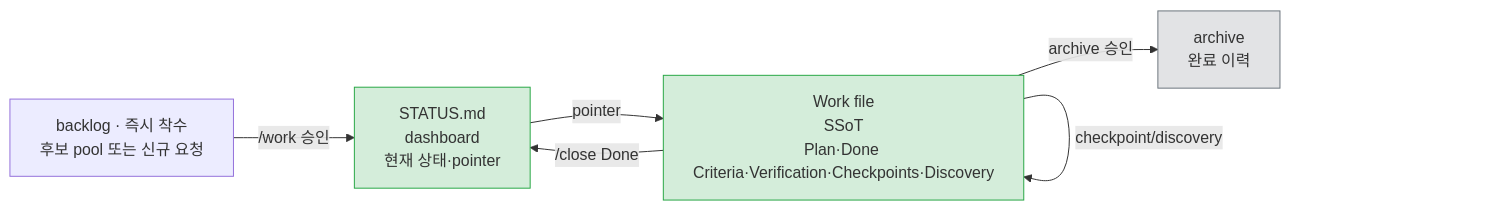
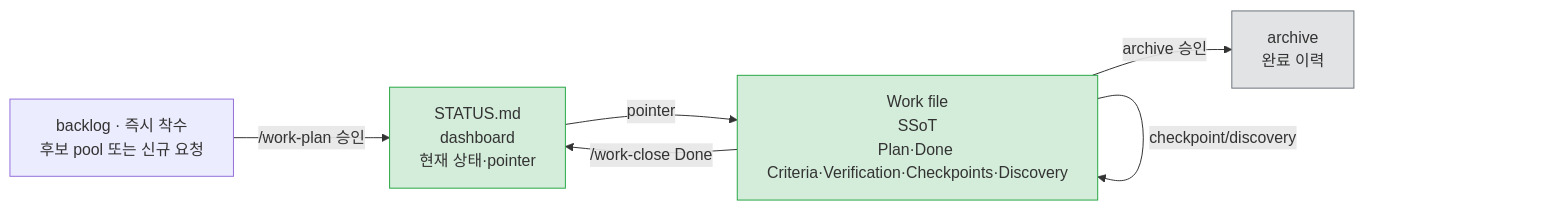
Before and after one commit to kyungseo/ai-workflow-harness: the fifth of 7 diagrams in README.md, drawn with Mermaid. The commit also changed other lines of this file and 83 other files, not shown here.

````diff
--- a/README.md
+++ b/README.md
@@ -332,17 +332,17 @@
 ```mermaid
 flowchart LR
     STATUS["STATUS.md\ndashboard\n현재 상태·pointer"]
     WORK["Work file\nSSoT\nPlan·Done Criteria·Verification·Checkpoints·Discovery"]
     BACKLOG["backlog · 즉시 착수\n후보 pool 또는 신규 요청"]
     ARCHIVE["archive\n완료 이력"]
 
-    BACKLOG -->|"/work 승인"| STATUS
+    BACKLOG -->|"/work-plan 승인"| STATUS
     STATUS -->|"pointer"| WORK
     WORK -->|"checkpoint/discovery"| WORK
-    WORK -->|"/close Done"| STATUS
+    WORK -->|"/work-close Done"| STATUS
     WORK -->|"archive 승인"| ARCHIVE
 
     style STATUS fill:#d4edda,stroke:#28a745
     style WORK fill:#d4edda,stroke:#28a745
     style ARCHIVE fill:#e2e3e5,stroke:#6c757d
 ```
````
